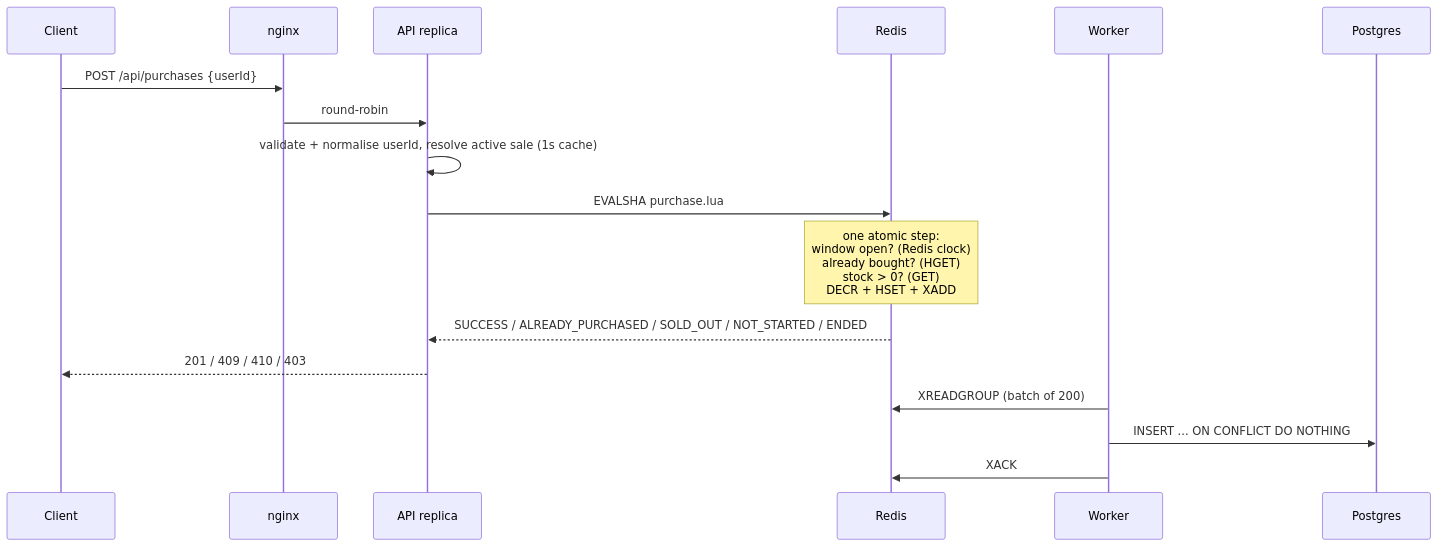
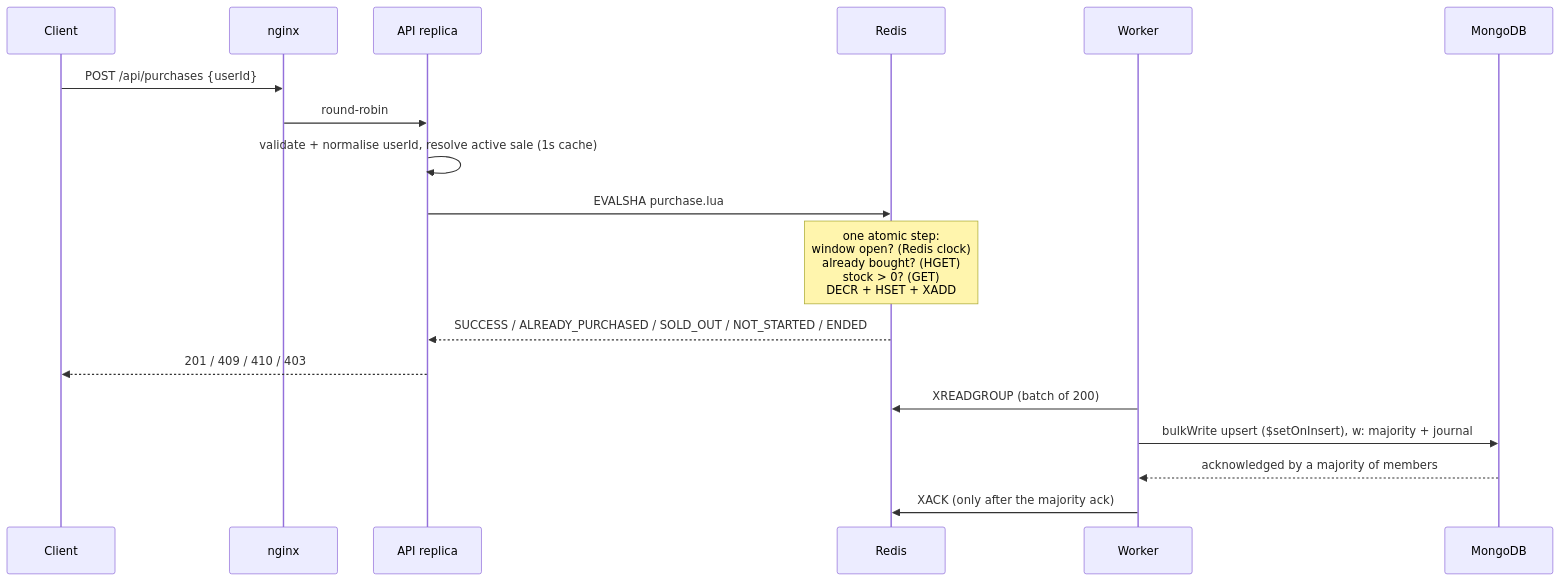
Before and after one commit to meeksoul/bookipi-test: the second of 2 diagrams in README.md, drawn with Mermaid. The commit also changed other lines of this file and 10 other files, not shown here.

Commit message:
Switch order store from PostgreSQL to MongoDB replica set; document MongoDB vs SQL trade-offs

````diff
--- a/README.md
+++ b/README.md
@@ -86,20 +86,21 @@
 ```mermaid
 sequenceDiagram
     participant C as Client
     participant N as nginx
     participant A as API replica
     participant R as Redis
     participant W as Worker
-    participant P as Postgres
+    participant M as MongoDB
 
     C->>N: POST /api/purchases {userId}
     N->>A: round-robin
     A->>A: validate + normalise userId, resolve active sale (1s cache)
     A->>R: EVALSHA purchase.lua
     Note over R: one atomic step:<br/>window open? (Redis clock)<br/>already bought? (HGET)<br/>stock > 0? (GET)<br/>DECR + HSET + XADD
     R-->>A: SUCCESS / ALREADY_PURCHASED / SOLD_OUT / NOT_STARTED / ENDED
     A-->>C: 201 / 409 / 410 / 403
     W->>R: XREADGROUP (batch of 200)
-    W->>P: INSERT ... ON CONFLICT DO NOTHING
-    W->>R: XACK
+    W->>M: bulkWrite upsert ($setOnInsert), w: majority + journal
+    M-->>W: acknowledged by a majority of members
+    W->>R: XACK (only after the majority ack)
 ```
````
